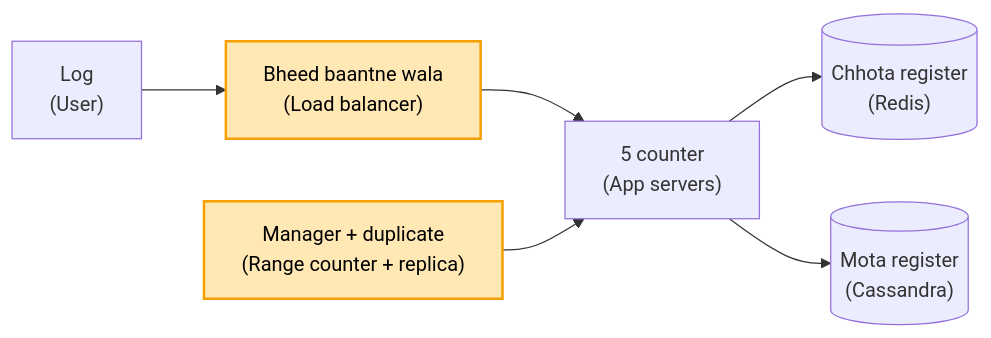
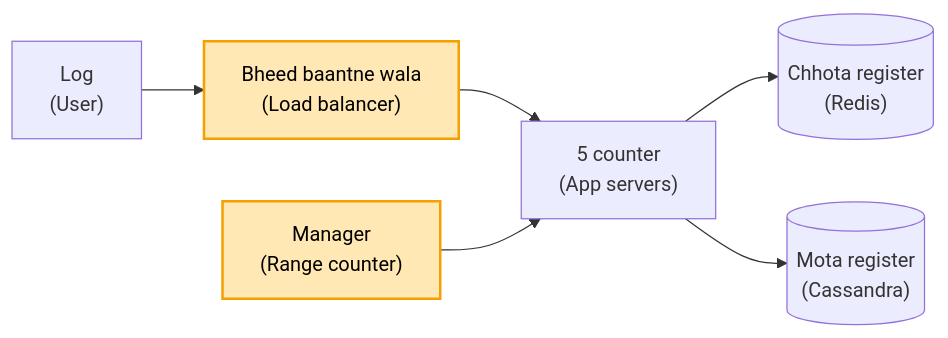
Before and after one commit to ArpanMaheshwari144/Prep: the third of 4 diagrams in 04_HLD/SYSTEM_DESIGNS/01_url_shortener/01_url_shortener.md, drawn with Mermaid. The commit also changed other lines of this file and 18 other files, not shown here.

````diff
--- a/04_HLD/SYSTEM_DESIGNS/01_url_shortener/01_url_shortener.md
+++ b/04_HLD/SYSTEM_DESIGNS/01_url_shortener/01_url_shortener.md
@@ -92,10 +88,10 @@
 ```mermaid
 flowchart LR
     U["Log<br/>(User)"] --> LB["Bheed baantne wala<br/>(Load balancer)"]
     LB --> C["5 counter<br/>(App servers)"]
-    M["Manager + duplicate<br/>(Range counter + replica)"] --> C
+    M["Manager<br/>(Range counter)"] --> C
     C --> R[("Chhota register<br/>(Redis)")]
     C --> D[("Mota register<br/>(Cassandra)")]
     style LB fill:#ffe8b3,stroke:#f59f00,stroke-width:2px,color:#000
     style M fill:#ffe8b3,stroke:#f59f00,stroke-width:2px,color:#000
 ```
````
